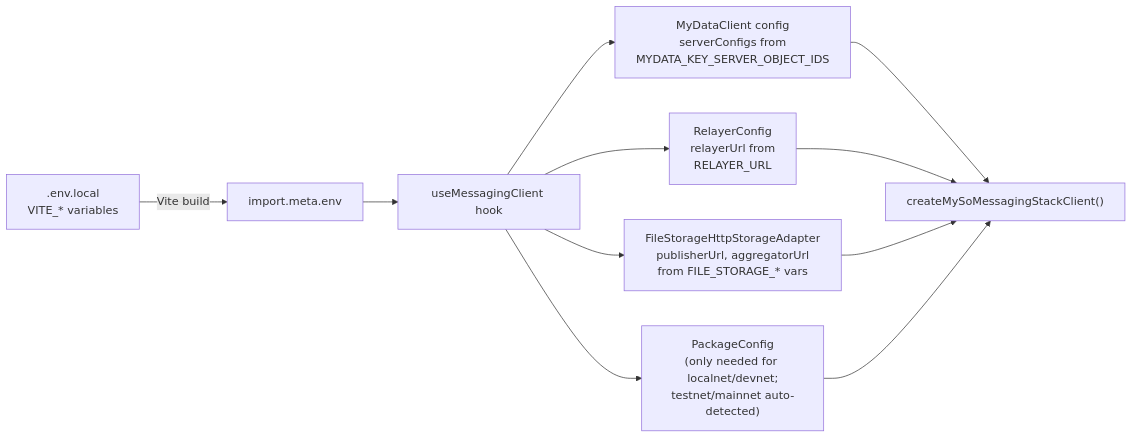
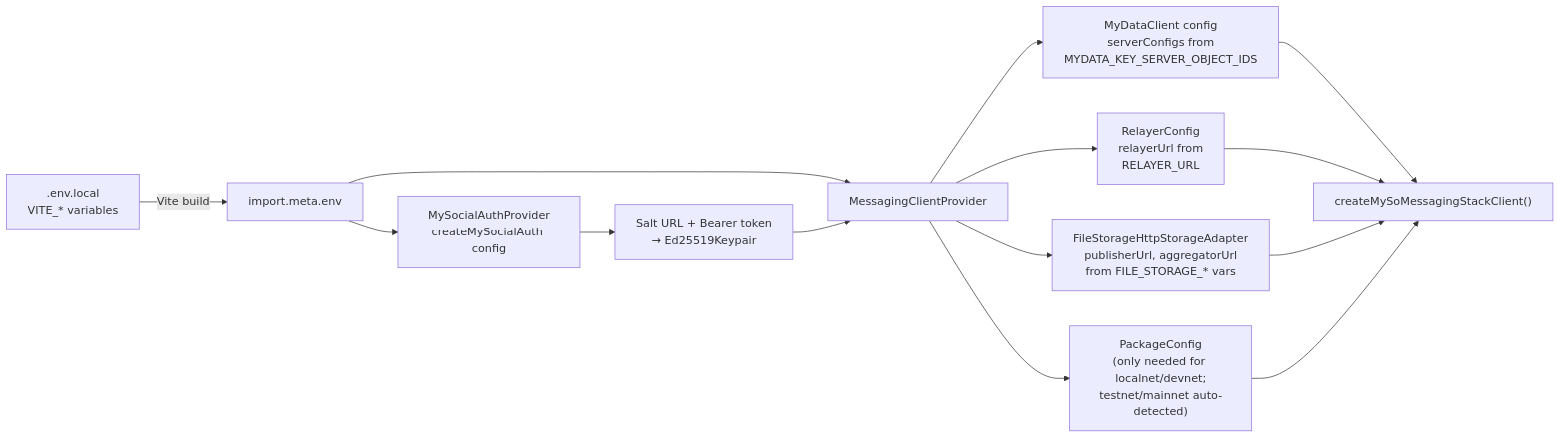
Before and after one commit to The-Social-Proof-Foundation/myso-messaging-stack: diagram 18 of 18 in chat-app/docs/SYSTEM_DESIGN.md, drawn with Mermaid. The commit also changed other lines of this file and 100 other files, not shown here.

````diff
--- a/chat-app/docs/SYSTEM_DESIGN.md
+++ b/chat-app/docs/SYSTEM_DESIGN.md
@@ -835,15 +838,19 @@
 ```mermaid
 graph LR
     ENV[".env.local<br/>VITE_* variables"] -->|"Vite build"| META["import.meta.env"]
-    META --> HOOK["useMessagingClient hook"]
+    META --> AUTH["MySocialAuthProvider<br/>createMySocialAuth config"]
+    META --> HOOK["MessagingClientProvider"]
+
+    AUTH --> SALT["Salt URL + Bearer token<br/>→ Ed25519Keypair"]
+    SALT --> HOOK
 
     HOOK --> SC_CFG["MyDataClient config<br/>serverConfigs from<br/>MYDATA_KEY_SERVER_OBJECT_IDS"]
     HOOK --> REL_CFG["RelayerConfig<br/>relayerUrl from<br/>RELAYER_URL"]
     HOOK --> MYSO_CFG["FileStorageHttpStorageAdapter<br/>publisherUrl, aggregatorUrl<br/>from FILE_STORAGE_* vars"]
     HOOK --> PKG_CFG["PackageConfig<br/>(only needed for localnet/devnet;<br/>testnet/mainnet auto-detected)"]
 
     SC_CFG --> FACTORY["createMySoMessagingStackClient()"]
     REL_CFG --> FACTORY
     MYSO_CFG --> FACTORY
     PKG_CFG --> FACTORY
 ```
````
